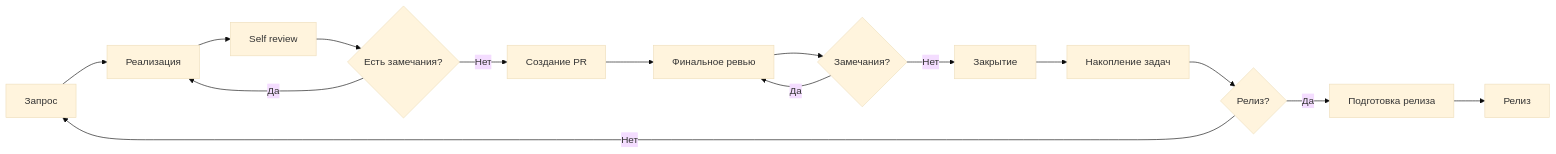
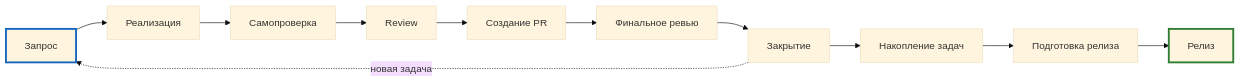
Before and after one commit to prikotov/task-agents-playbook: the second of 3 diagrams in README.md, drawn with Mermaid (base theme). The commit also changed other lines of this file and 2 other files, not shown here.

Commit message:
docs: update implementation process from blog article — add Role review step, new mermaid diagram, closing paragraph

````diff
--- a/README.md
+++ b/README.md
@@ -141,17 +148,21 @@
 ```mermaid
 flowchart LR
-    A[Запрос] --> B[Реализация]
-    B --> C[Self review]
-    C --> D{Есть замечания?}
-    D -->|Да| B
-    D -->|Нет| E[Создание PR]
-    E --> F[Финальное ревью]
-    F --> G{Замечания?}
-    G -->|Да| F
-    G -->|Нет| H[Закрытие]
-    H --> I[Накопление задач]
-    I --> J{Релиз?}
-    J -->|Нет| A
-    J -->|Да| K[Подготовка релиза]
-    K --> L[Релиз]
+    A["Запрос"] --> B["Реализация"]
+    B --> C["Самопроверка"]
+    C --> D["Review"]
+    D --> E["Создание PR"]
+    E --> F["Финальное ревью"]
+    F --> G["Закрытие"]
+
+    G -.->|"новая задача"| A
+
+    G --> H["Накопление задач"]
+    H --> I["Подготовка релиза"]
+    I --> J["Релиз"]
+
+    classDef start stroke:#1565c0,stroke-width:3px;
+    classDef release stroke:#2e7d32,stroke-width:3px;
+
+    class A start;
+    class J release;
 ```
````
